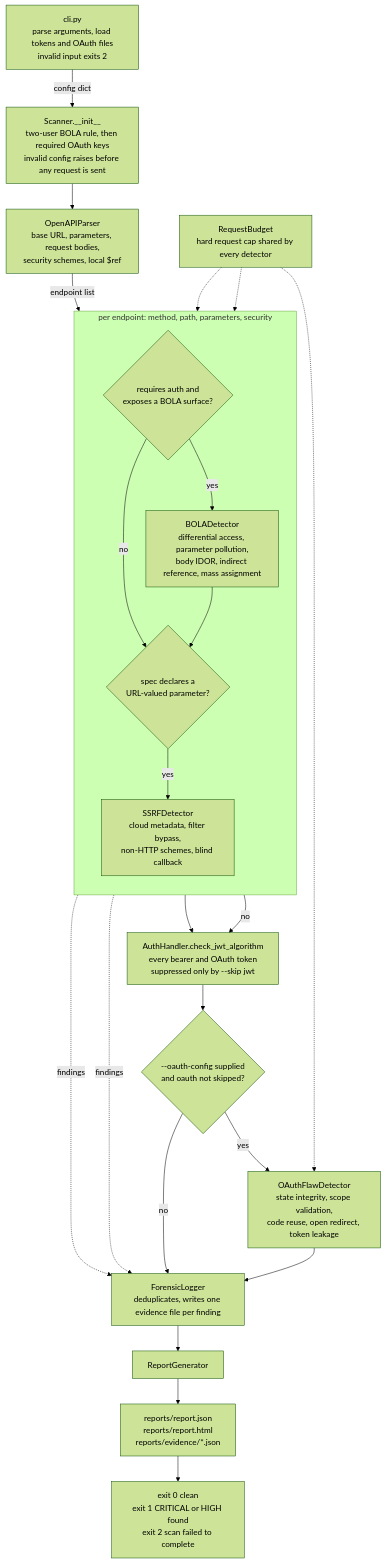
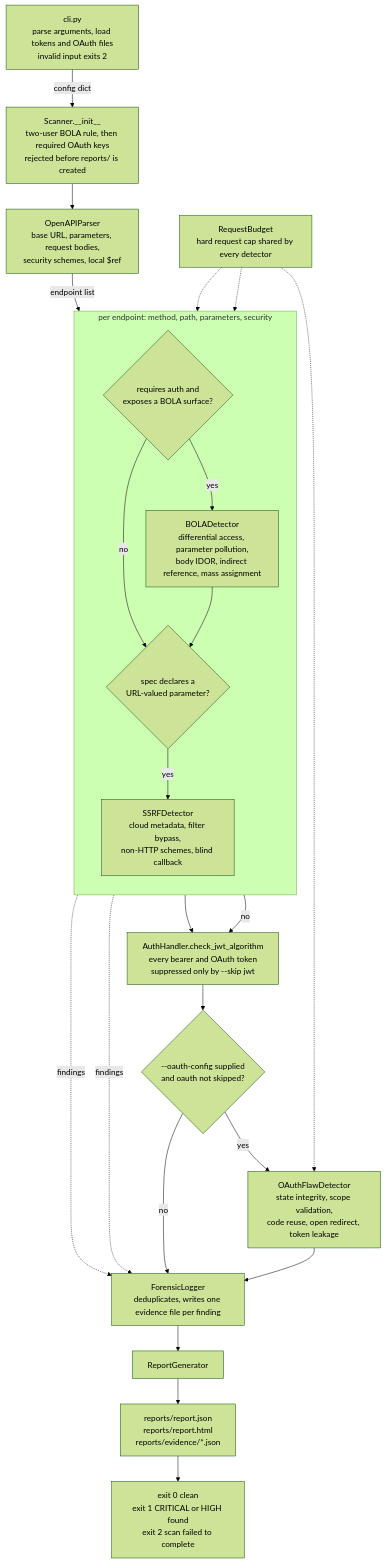
One commit to rootverdict/vigilant-api changed the diagram in docs/DEVELOPMENT.md. Above: the diagram before and after it, drawn with Mermaid (forest theme). The commit also changed other lines of this file and 2 other files, not shown here.

Commit message:
fix(scanner): validate OAuth config before creating the output directory

````diff
--- a/docs/DEVELOPMENT.md
+++ b/docs/DEVELOPMENT.md
@@ -39,49 +39,49 @@
 ```mermaid
 flowchart TD
     CLI["cli.py<br/>parse arguments, load tokens and OAuth files<br/>invalid input exits 2"]
-    INIT["Scanner.__init__<br/>two-user BOLA rule, then required OAuth keys<br/>invalid config raises before any request is sent"]
+    INIT["Scanner.__init__<br/>two-user BOLA rule, then required OAuth keys<br/>rejected before reports/ is created"]
     PARSE["OpenAPIParser<br/>base URL, parameters, request bodies,<br/>security schemes, local $ref"]
 
     subgraph PER ["per endpoint: method, path, parameters, security"]
         direction TB
         GATE{"requires auth and<br/>exposes a BOLA surface?"}
         BOLA["BOLADetector<br/>differential access, parameter pollution,<br/>body IDOR, indirect reference, mass assignment"]
         URLP{"spec declares a<br/>URL-valued parameter?"}
         SSRF["SSRFDetector<br/>cloud metadata, filter bypass,<br/>non-HTTP schemes, blind callback"]
     end
 
     JWT["AuthHandler.check_jwt_algorithm<br/>every bearer and OAuth token<br/>suppressed only by --skip jwt"]
     OAQ{"--oauth-config supplied<br/>and oauth not skipped?"}
     OAUTH["OAuthFlawDetector<br/>state integrity, scope validation,<br/>code reuse, open redirect, token leakage"]
     LOG["ForensicLogger<br/>deduplicates, writes one evidence file per finding"]
     REPORT["ReportGenerator"]
     OUT["reports/report.json<br/>reports/report.html<br/>reports/evidence/*.json"]
     EXIT["exit 0 clean<br/>exit 1 CRITICAL or HIGH found<br/>exit 2 scan failed to complete"]
     BUDGET["RequestBudget<br/>hard request cap shared by every detector"]
 
     CLI -->|config dict| INIT
     INIT --> PARSE
     PARSE -->|endpoint list| GATE
 
     GATE -->|yes| BOLA
     GATE -->|no| URLP
     BOLA --> URLP
     URLP -->|yes| SSRF
     URLP -->|no| JWT
     SSRF --> JWT
 
     JWT --> OAQ
     OAQ -->|yes| OAUTH
     OAQ -->|no| LOG
     OAUTH --> LOG
 
     LOG --> REPORT
     REPORT --> OUT
     OUT --> EXIT
 
     BUDGET -.-> BOLA
     BUDGET -.-> SSRF
     BUDGET -.-> OAUTH
     BOLA -.->|findings| LOG
     SSRF -.->|findings| LOG
 ```
````
